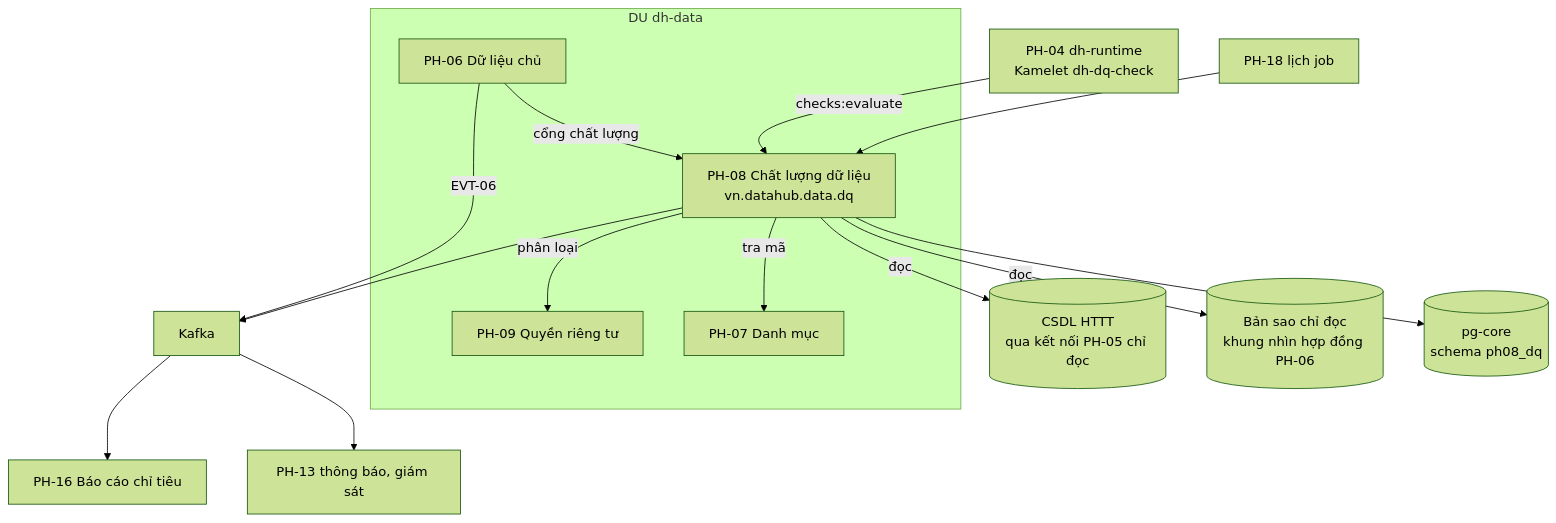
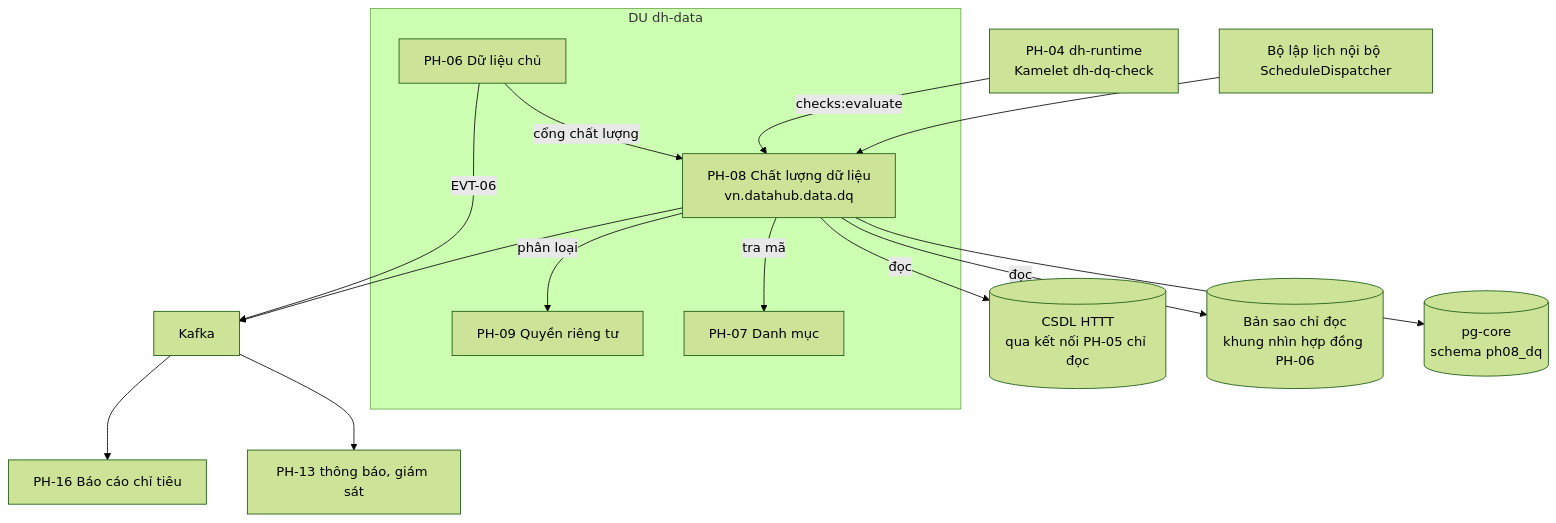
One commit to caprocute/DATAHUB changed the first of 41 diagrams in datahub-docs/02-yeu-cau/frs/D02-03-PH08-frs-chat-luong-du-lieu.md. Above: the diagram before and after it, drawn with Mermaid (forest theme). The commit also changed other lines of this file and 24 other files, not shown here.

````diff
--- a/datahub-docs/02-yeu-cau/frs/D02-03-PH08-frs-chat-luong-du-lieu.md
+++ b/datahub-docs/02-yeu-cau/frs/D02-03-PH08-frs-chat-luong-du-lieu.md
@@ -199,29 +199,29 @@
 ```{.mermaid caption="Vị trí PH-08 trong kiến trúc Datahub"}
 flowchart TB
   subgraph DATA["DU dh-data"]
     DQ["PH-08 Chất lượng dữ liệu<br/>vn.datahub.data.dq"]
     MDM["PH-06 Dữ liệu chủ"]
     RDM["PH-07 Danh mục"]
     PRV["PH-09 Quyền riêng tư"]
   end
   PG[("pg-core<br/>schema ph08_dq")]
   REP[("Bản sao chỉ đọc<br/>khung nhìn hợp đồng PH-06")]
   SRC[("CSDL HTTT<br/>qua kết nối PH-05 chỉ đọc")]
   RT["PH-04 dh-runtime<br/>Kamelet dh-dq-check"]
   K["Kafka"]
   OBS["PH-13 thông báo, giám sát"]
   KPI["PH-16 Báo cáo chỉ tiêu"]
-  JOB["PH-18 lịch job"]
+  JOB["Bộ lập lịch nội bộ ScheduleDispatcher"]
   DQ --> PG
   DQ -->|"đọc"| REP
   DQ -->|"đọc"| SRC
   DQ -->|"tra mã"| RDM
   DQ -->|"phân loại"| PRV
   RT -->|"checks:evaluate"| DQ
   MDM -->|"cổng chất lượng"| DQ
   JOB --> DQ
   DQ --> K
   K --> OBS
   K --> KPI
   MDM -->|"EVT-06"| K
 ```
````
